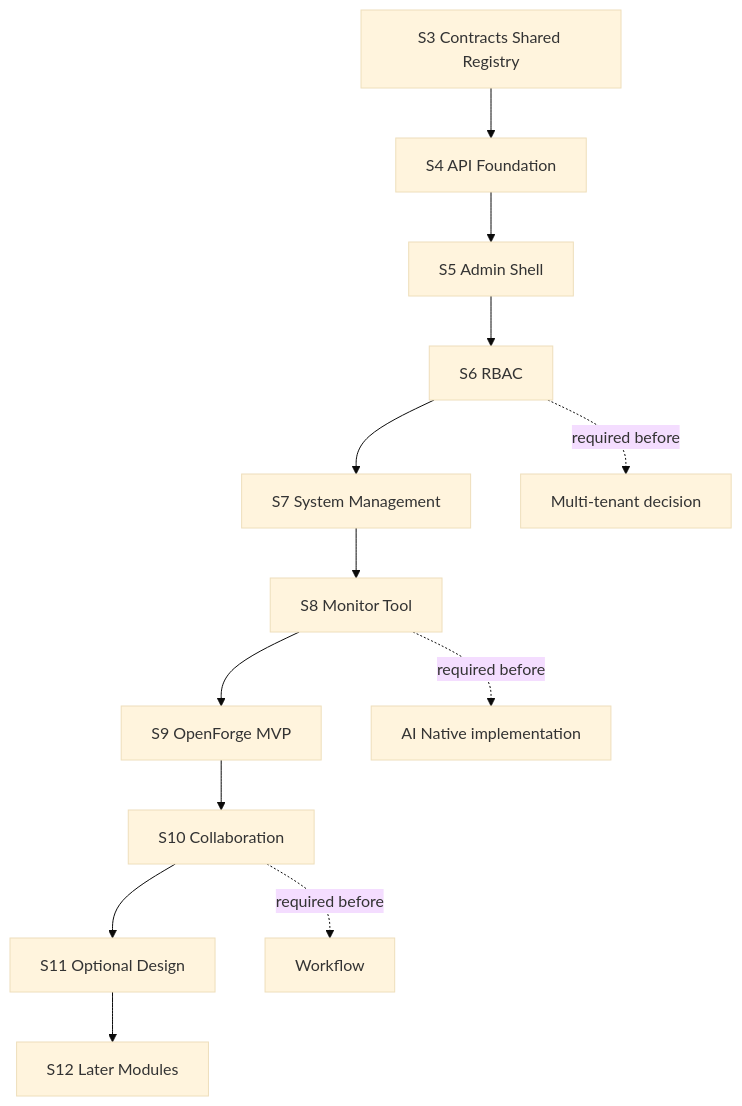
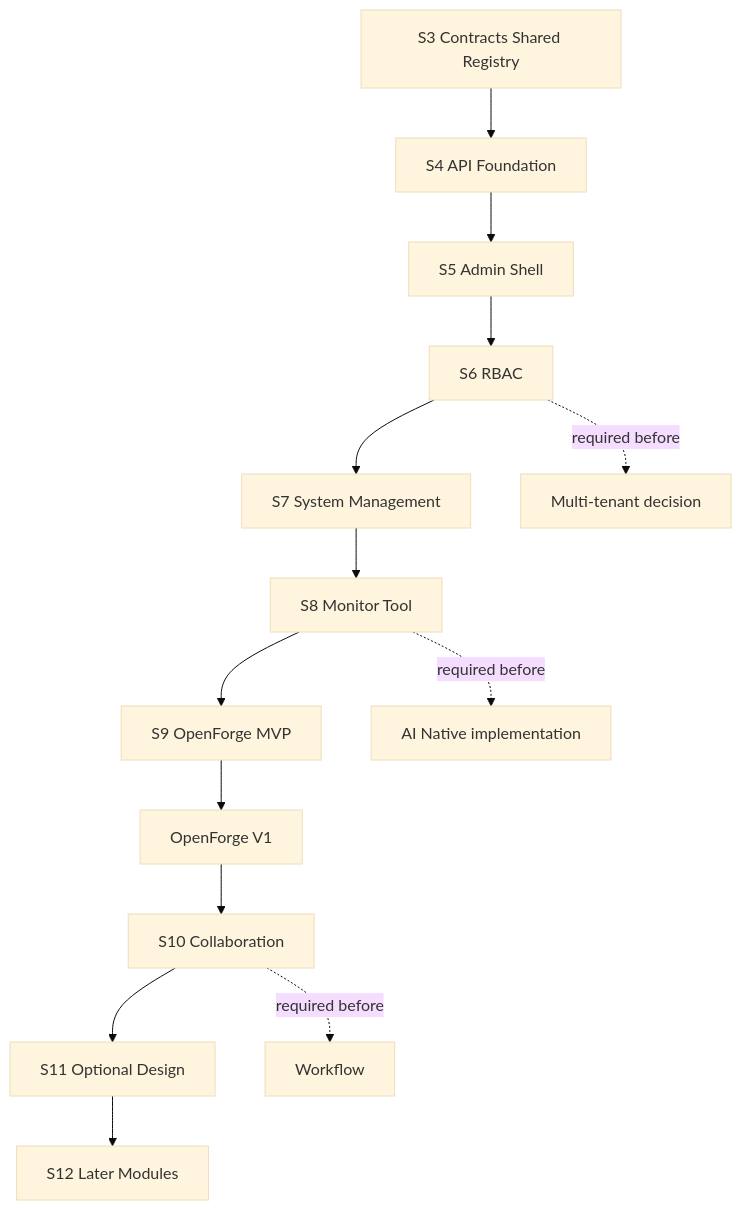
The third of 3 diagrams in docs/strategy/staged-roadmap.md (Gan-Xing/OpenCore), drawn with Mermaid (base theme) before and after one commit. The commit also changed other lines of this file and 14 other files, not shown here.

````diff
--- a/docs/strategy/staged-roadmap.md
+++ b/docs/strategy/staged-roadmap.md
@@ -73,15 +77,16 @@
 ```mermaid
 flowchart TD
   S3[S3 Contracts Shared Registry] --> S4[S4 API Foundation]
   S4 --> S5[S5 Admin Shell]
   S5 --> S6[S6 RBAC]
   S6 --> S7[S7 System Management]
   S7 --> S8[S8 Monitor Tool]
   S8 --> S9[S9 OpenForge MVP]
-  S9 --> S10[S10 Collaboration]
+  S9 --> V1[OpenForge V1]
+  V1 --> S10[S10 Collaboration]
   S10 --> S11[S11 Optional Design]
   S11 --> S12[S12 Later Modules]
   S6 -. required before .-> TENANT[Multi-tenant decision]
   S10 -. required before .-> WORKFLOW[Workflow]
   S8 -. required before .-> AI[AI Native implementation]
 ```
````
